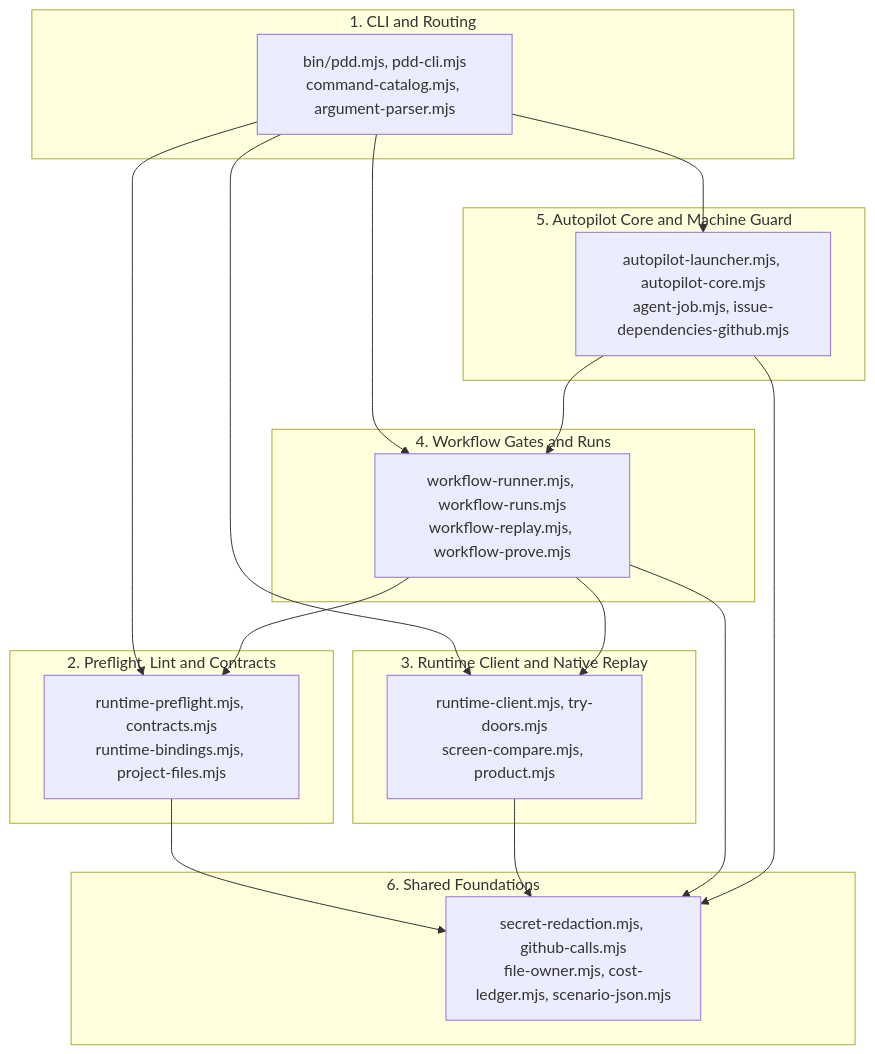
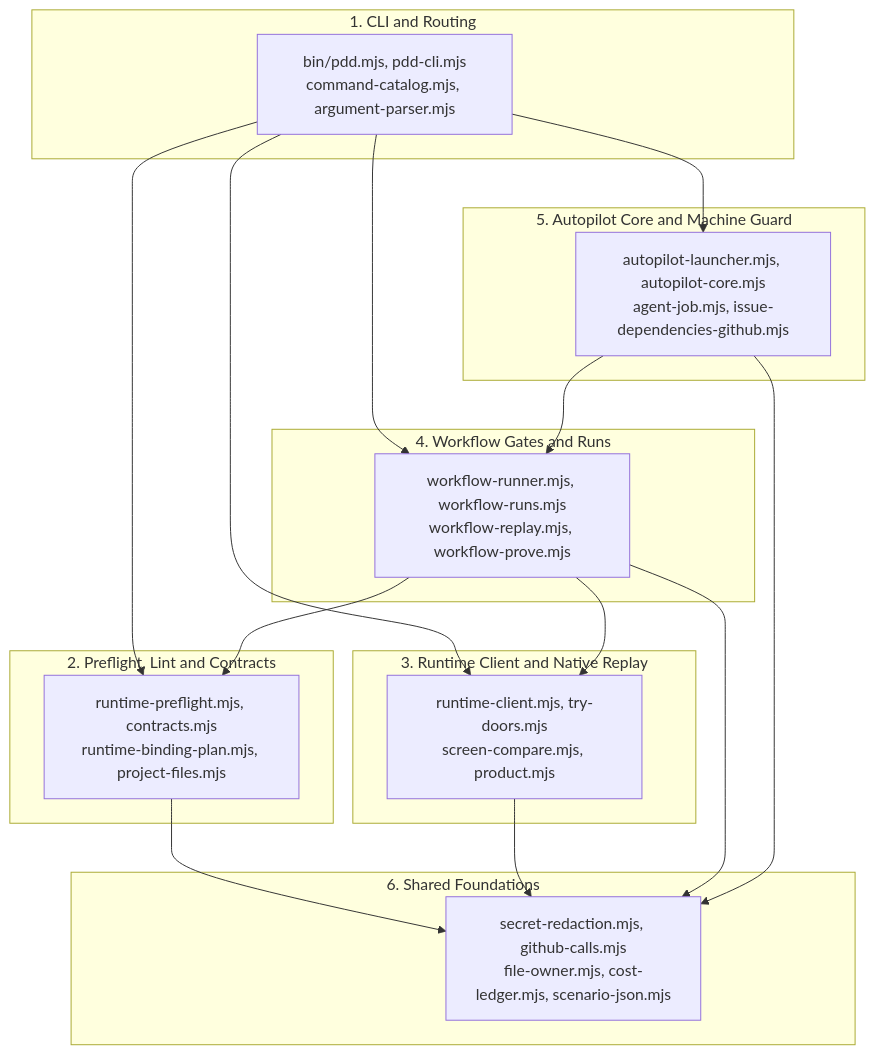
One commit to promptdriven/pdd changed the diagram in ARCHITECTURE.md. Above: the diagram before and after it, drawn with Mermaid. The commit also changed other lines of this file, not shown here.

Commit message:
docs(architecture): fix ownership rules, helper signatures, and state paths

````diff
--- a/ARCHITECTURE.md
+++ b/ARCHITECTURE.md
@@ -10,38 +10,38 @@
 ```mermaid
 flowchart TD
   subgraph D1["1. CLI and Routing"]
     CLI["bin/pdd.mjs, pdd-cli.mjs<br/>command-catalog.mjs, argument-parser.mjs"]
   end
 
   subgraph D2["2. Preflight, Lint and Contracts"]
-    LINT["runtime-preflight.mjs, contracts.mjs<br/>runtime-bindings.mjs, project-files.mjs"]
+    LINT["runtime-preflight.mjs, contracts.mjs<br/>runtime-binding-plan.mjs, project-files.mjs"]
   end
 
   subgraph D3["3. Runtime Client and Native Replay"]
     RUN["runtime-client.mjs, try-doors.mjs<br/>screen-compare.mjs, product.mjs"]
   end
 
   subgraph D4["4. Workflow Gates and Runs"]
     WF["workflow-runner.mjs, workflow-runs.mjs<br/>workflow-replay.mjs, workflow-prove.mjs"]
   end
 
   subgraph D5["5. Autopilot Core and Machine Guard"]
     AUTO["autopilot-launcher.mjs, autopilot-core.mjs<br/>agent-job.mjs, issue-dependencies-github.mjs"]
   end
 
   subgraph D6["6. Shared Foundations"]
     BASE["secret-redaction.mjs, github-calls.mjs<br/>file-owner.mjs, cost-ledger.mjs, scenario-json.mjs"]
   end
 
   CLI --> LINT
   CLI --> RUN
   CLI --> WF
   CLI --> AUTO
   WF --> LINT
   WF --> RUN
   AUTO --> WF
   LINT --> BASE
   RUN --> BASE
   WF --> BASE
   AUTO --> BASE
 ```
````
